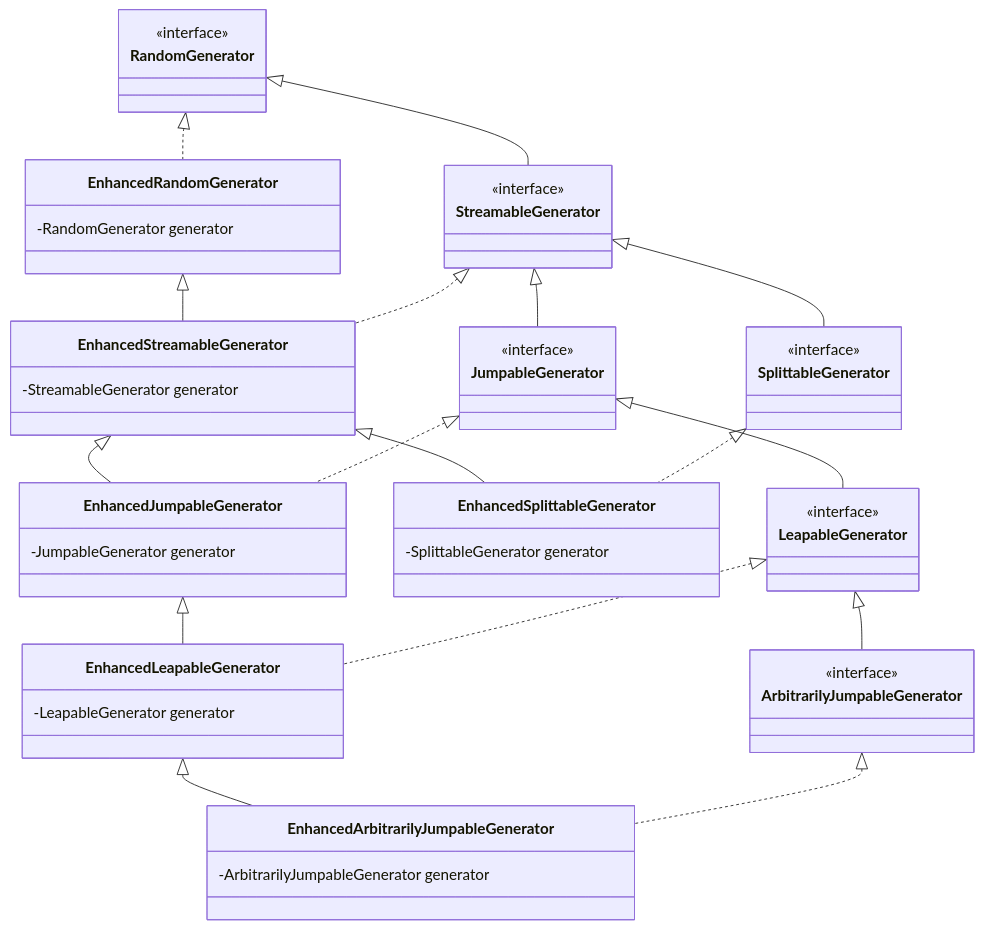
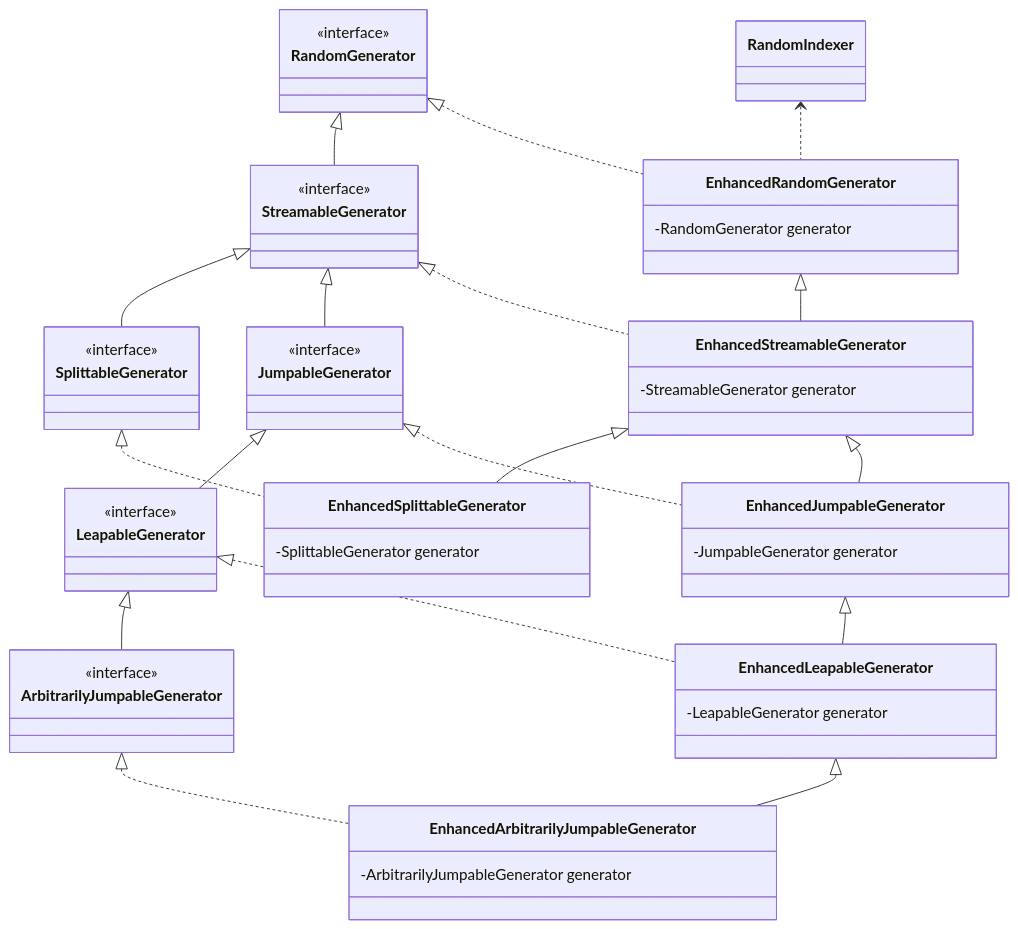
Before and after one commit to cicirello/rho-mu: the diagram in README.md, drawn with Mermaid.

````diff
--- a/README.md
+++ b/README.md
@@ -42,43 +42,45 @@
 ```mermaid
 classDiagram
   class RandomGenerator
   <<interface>> RandomGenerator
   class StreamableGenerator
   <<interface>> StreamableGenerator
   RandomGenerator <|-- StreamableGenerator
   class SplittableGenerator
   <<interface>> SplittableGenerator
   StreamableGenerator <|-- SplittableGenerator
   class JumpableGenerator
   <<interface>> JumpableGenerator
   StreamableGenerator <|-- JumpableGenerator
   class LeapableGenerator
   <<interface>> LeapableGenerator
   JumpableGenerator <|-- LeapableGenerator
   class ArbitrarilyJumpableGenerator
   <<interface>> ArbitrarilyJumpableGenerator
   LeapableGenerator <|-- ArbitrarilyJumpableGenerator
+  class RandomIndexer
   class EnhancedRandomGenerator
   RandomGenerator <|.. EnhancedRandomGenerator
+  RandomIndexer <.. EnhancedRandomGenerator
   EnhancedRandomGenerator : -RandomGenerator generator
   class EnhancedStreamableGenerator
   EnhancedRandomGenerator <|-- EnhancedStreamableGenerator
   StreamableGenerator <|.. EnhancedStreamableGenerator
   EnhancedStreamableGenerator : -StreamableGenerator generator
   class EnhancedSplittableGenerator
   EnhancedStreamableGenerator <|-- EnhancedSplittableGenerator
   SplittableGenerator <|.. EnhancedSplittableGenerator
   EnhancedSplittableGenerator : -SplittableGenerator generator
   class EnhancedJumpableGenerator
   EnhancedStreamableGenerator <|-- EnhancedJumpableGenerator
   JumpableGenerator <|.. EnhancedJumpableGenerator
   EnhancedJumpableGenerator : -JumpableGenerator generator
   class EnhancedLeapableGenerator
   EnhancedJumpableGenerator <|-- EnhancedLeapableGenerator
   LeapableGenerator <|.. EnhancedLeapableGenerator
   EnhancedLeapableGenerator : -LeapableGenerator generator
   class EnhancedArbitrarilyJumpableGenerator
   EnhancedLeapableGenerator <|-- EnhancedArbitrarilyJumpableGenerator
   ArbitrarilyJumpableGenerator <|.. EnhancedArbitrarilyJumpableGenerator
   EnhancedArbitrarilyJumpableGenerator : -ArbitrarilyJumpableGenerator generator
 ```
````
